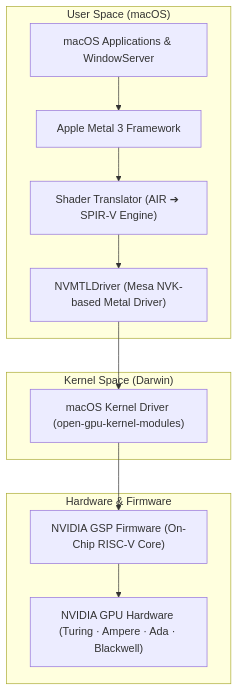
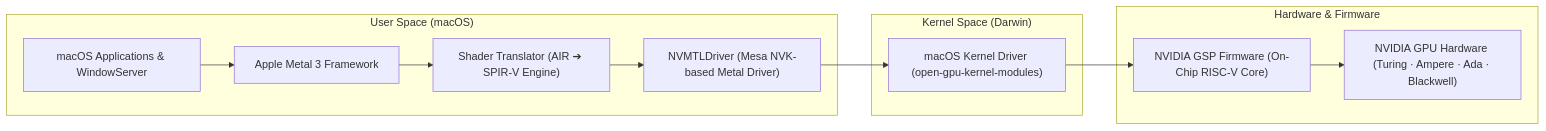
Before and after one commit to 5T33Z0/OC-Little-Translated: the diagram in Content/11_Graphics/NVIDIA/RTX/README.md, drawn with Mermaid.

Commit message:
Clarify NullMoth driver architecture in README
Updated the README to clarify the architecture of the NullMoth driver stack.

````diff
--- a/Content/11_Graphics/NVIDIA/RTX/README.md
+++ b/Content/11_Graphics/NVIDIA/RTX/README.md
@@ -19,29 +19,29 @@
 ```mermaid
-flowchart TD
+flowchart LR
     subgraph UserSpace ["User Space (macOS)"]
         App["macOS Applications & WindowServer"]
         Metal["Apple Metal 3 Framework"]
         Translator["Shader Translator (AIR ➔ SPIR-V Engine)"]
         NVMTL["NVMTLDriver (Mesa NVK-based Metal Driver)"]
     end
 
     subgraph KernelSpace ["Kernel Space (Darwin)"]
         Kext["macOS Kernel Driver (open-gpu-kernel-modules)"]
     end
 
     subgraph HardwareLevel ["Hardware & Firmware"]
         GSP["NVIDIA GSP Firmware (On-Chip RISC-V Core)"]
         GPU["NVIDIA GPU Hardware (Turing · Ampere · Ada · Blackwell)"]
     end
 
     App --> Metal
     Metal --> Translator
     Translator --> NVMTL
     NVMTL --> Kext
     Kext --> GSP
     GSP --> GPU
 
     classDef user fill:#2d333b,stroke:#444c56,color:#adbac7;
     classDef kernel fill:#1c2128,stroke:#373e47,color:#adbac7;
     classDef hw fill:#22272e,stroke:#444c56,color:#adbac7;
 ```
````
